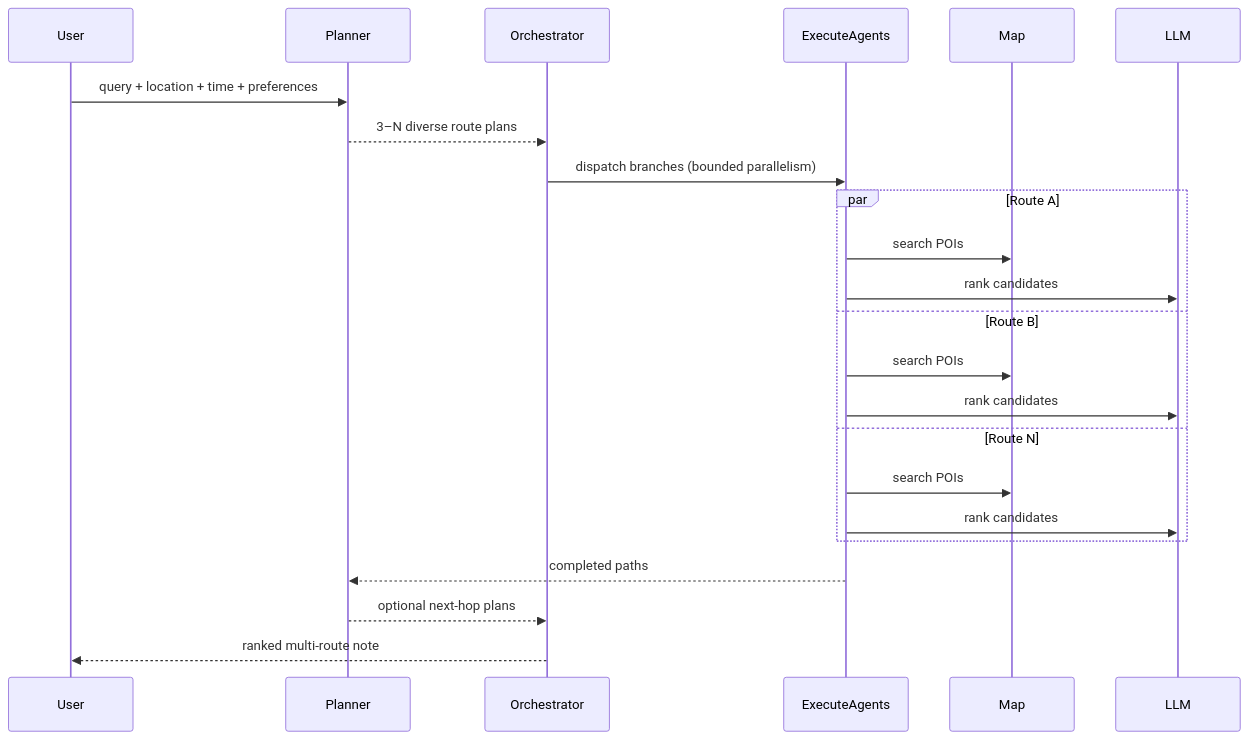
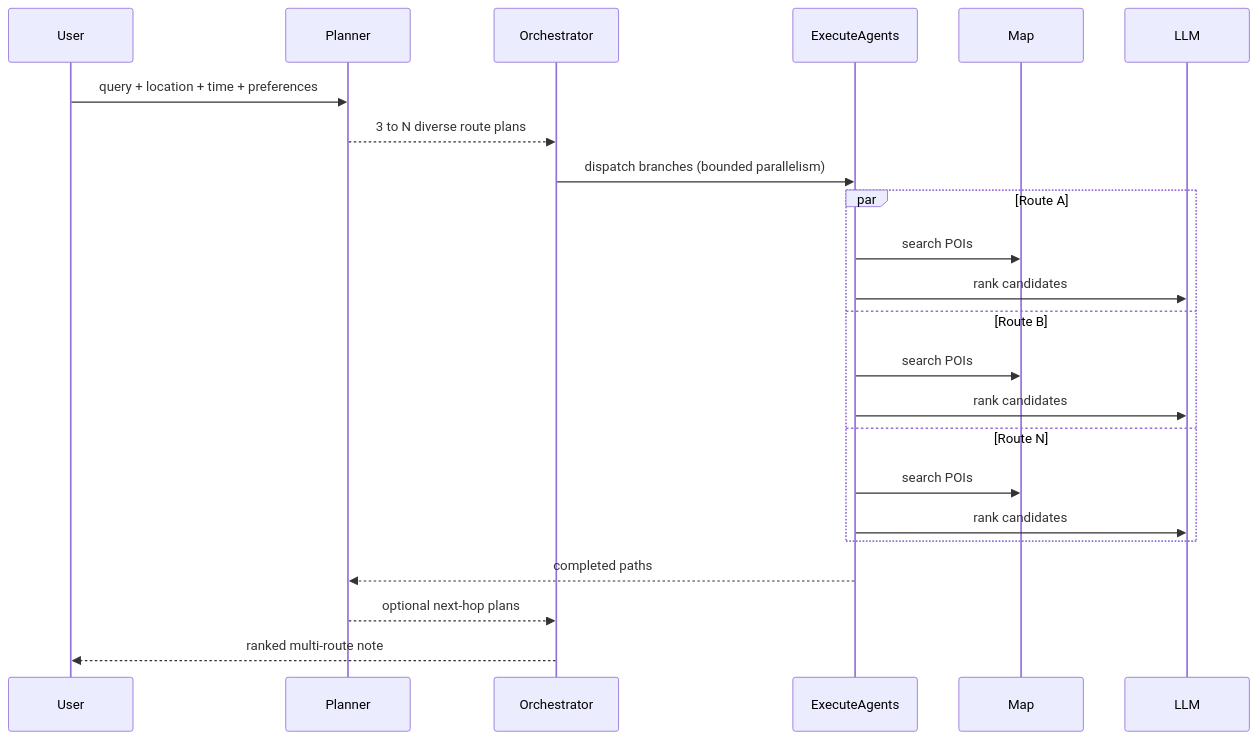
Before and after one commit to lianyixin/citycity-agent: the second of 2 diagrams in README.md, drawn with Mermaid. The commit also changed other lines of this file and 6 other files, not shown here.

````diff
--- a/README.md
+++ b/README.md
@@ -124,26 +125,26 @@
 ```mermaid
 sequenceDiagram
     participant User
     participant Planner
     participant Orchestrator
     participant ExecuteAgents
     participant Map
     participant LLM
 
     User->>Planner: query + location + time + preferences
-    Planner-->>Orchestrator: 3–N diverse route plans
+    Planner-->>Orchestrator: 3 to N diverse route plans
     Orchestrator->>ExecuteAgents: dispatch branches (bounded parallelism)
     par Route A
       ExecuteAgents->>Map: search POIs
       ExecuteAgents->>LLM: rank candidates
     and Route B
       ExecuteAgents->>Map: search POIs
       ExecuteAgents->>LLM: rank candidates
     and Route N
       ExecuteAgents->>Map: search POIs
       ExecuteAgents->>LLM: rank candidates
     end
     ExecuteAgents-->>Planner: completed paths
     Planner-->>Orchestrator: optional next-hop plans
     Orchestrator-->>User: ranked multi-route note
 ```
````
